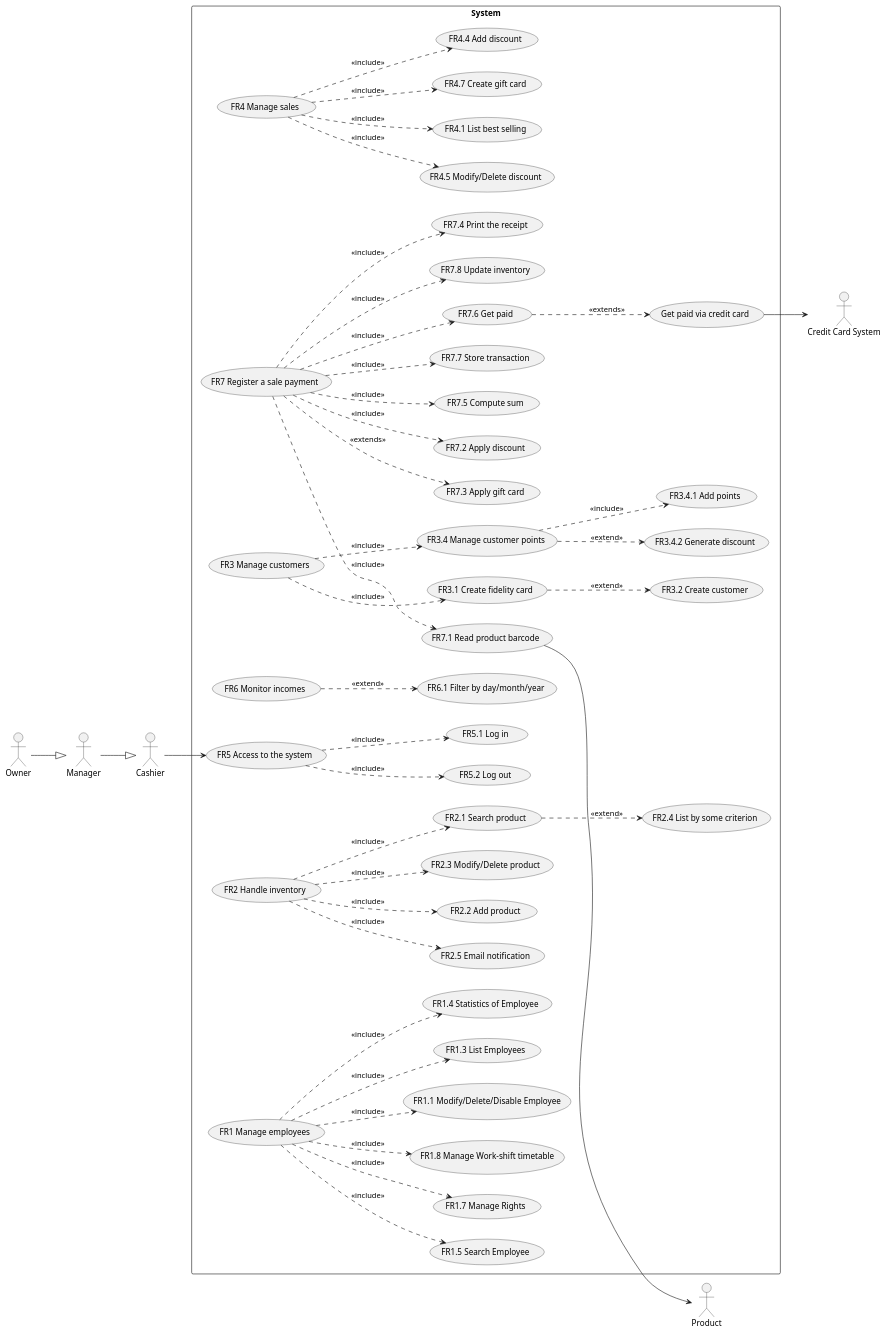
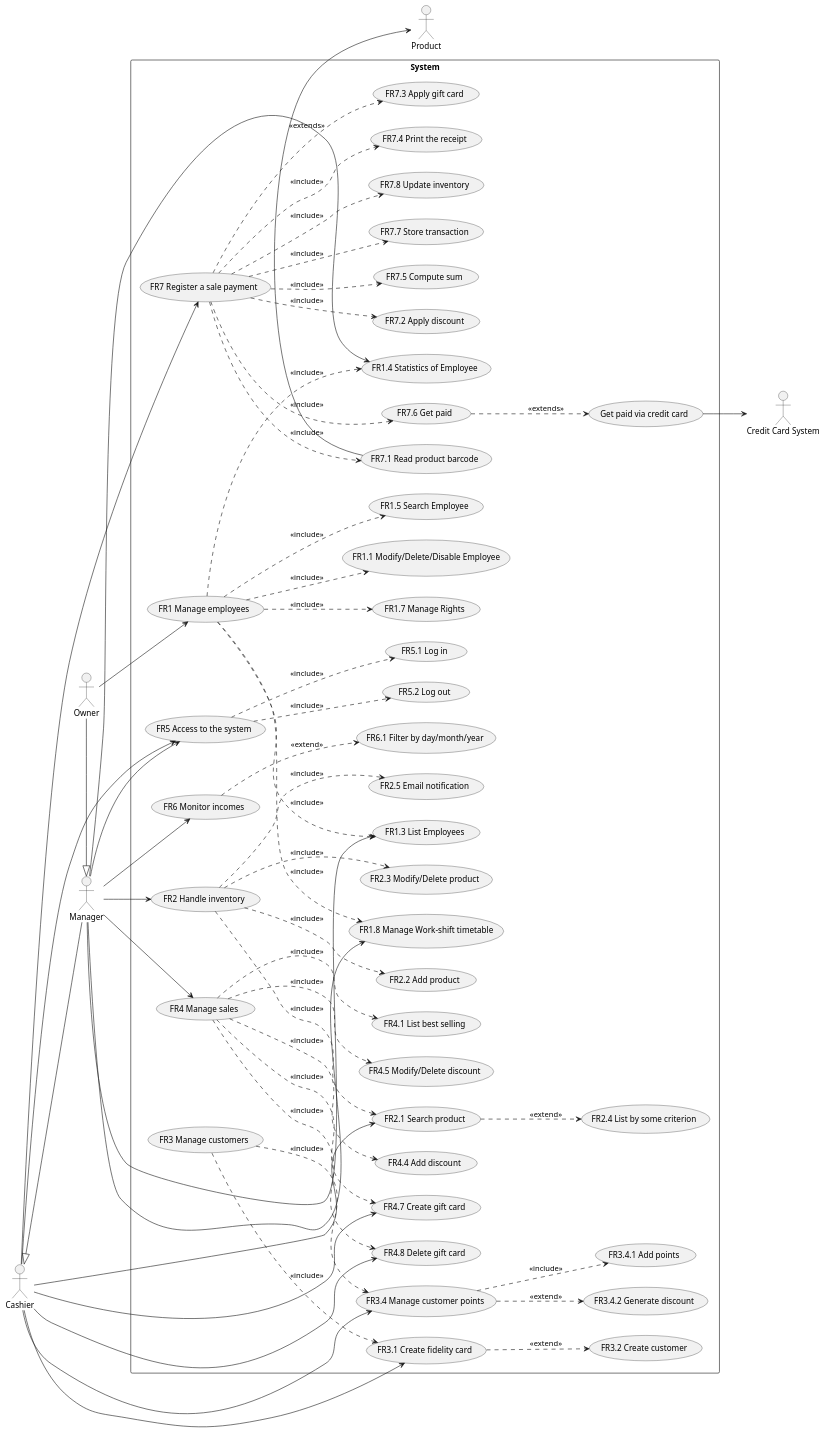
The second of 5 diagrams in Deliverables/RequirementsDocument.md (MatteoBattilana/EzShop), drawn with PlantUML before and after one commit.

Commit message:
wip: UCD displacement

````diff
--- a/Deliverables/RequirementsDocument.md
+++ b/Deliverables/RequirementsDocument.md
@@ -249,6 +249,7 @@
 @startuml
 rectangle System {
 	left to right direction
+
 	usecase "FR1 Manage employees" as UC2
 	usecase "FR1.1 Modify/Delete/Disable Employee" as UC2.1
 	usecase "FR1.3 List Employees" as UC2.3
@@ -298,43 +299,64 @@
 	usecase "FR6.1 Filter by day/month/year" as UC6.1
 	UC6.1 <.up. UC6: <<extend>>
 
-	usecase "FR7 Register a sale payment" as UC7
-	usecase "FR7.1 Read product barcode" as UC7.1
-	usecase "FR7.2 Apply discount" as UC7.2
-	usecase "FR7.5 Compute sum" as UC7.3
-	usecase "FR7.7 Store transaction" as UC7.4
-	usecase "FR7.8 Update inventory" as UC7.5
-	usecase "FR7.4 Print the receipt" as UC7.6
-	usecase "FR7.3 Apply gift card" as UC7.7
-	usecase "FR7.6 Get paid" as UC7.8
-	usecase "Get paid via credit card" as UC7.8.1
-	UC7.8.1 <.up. UC7.8: <<extends>>
-	UC7.8 <.up. UC7: <<include>>
-	UC7.7 <.up. UC7: <<extends>>
-	UC7.6 <.up. UC7: <<include>>
-	UC7.5 <.up. UC7: <<include>>
-	UC7.4 <.up. UC7: <<include>>
-	UC7.3 <.up. UC7: <<include>>
-	UC7.2 <.up. UC7: <<include>>
-	UC7.1 <.up. UC7: <<include>>
+
 
 	usecase "FR4 Manage sales" as UC8
   usecase "FR4.4 Add discount" as UC8.1
   usecase "FR4.5 Modify/Delete discount" as UC8.2
   usecase "FR4.1 List best selling" as UC8.3
   usecase "FR4.7 Create gift card" as UC8.4
+  usecase "FR4.8 Delete gift card" as UC8.5
 	UC8.1 <.up. UC8: <<include>>
 	UC8.2 <.up. UC8: <<include>>
 	UC8.3 <.up. UC8: <<include>>
 	UC8.4 <.up. UC8: <<include>>
+	UC8.5 <.up. UC8: <<include>>
+
+  usecase "FR7 Register a sale payment" as UC7
+  usecase "FR7.2 Apply discount" as UC7.2
+  usecase "FR7.5 Compute sum" as UC7.3
+  usecase "FR7.7 Store transaction" as UC7.4
+  usecase "FR7.8 Update inventory" as UC7.5
+  usecase "FR7.4 Print the receipt" as UC7.6
+  usecase "FR7.3 Apply gift card" as UC7.7
+  usecase "FR7.6 Get paid" as UC7.8
+  usecase "Get paid via credit card" as UC7.8.1
+  usecase "FR7.1 Read product barcode" as UC7.1
+  UC7.8.1 <.up. UC7.8: <<extends>>
+  UC7.8 <.up. UC7: <<include>>
+  UC7.7 <.up. UC7: <<extends>>
+  UC7.6 <.up. UC7: <<include>>
+  UC7.5 <.up. UC7: <<include>>
+  UC7.4 <.up. UC7: <<include>>
+  UC7.3 <.up. UC7: <<include>>
+  UC7.2 <.up. UC7: <<include>>
+  UC7.1 <.up. UC7: <<include>>
 
 }
 actor Product
 actor :Credit Card System:
-Cashier <|-up- Manager
-Manager <|-up- Owner
-Product <-up- UC7.1
+Cashier <|-- Manager
+Manager <|-left- Owner
+Product <-left- UC7.1
 :Credit Card System: <-up- UC7.8.1
+
+Owner -down-> UC2
+
+Manager --> UC2.3
+Manager --> UC2.4
+Manager --> UC2.7
+Manager --> UC3
+Manager --> UC4
+Manager --> UC6
+Manager --> UC8
+
+Cashier --> UC3.1
+Cashier --> UC5.1
+Cashier --> UC5.2
 Cashier --> UC4
+Cashier --> UC8.4
+Cashier --> UC8.5
+Cashier --> UC7
 @enduml
 ```
````
